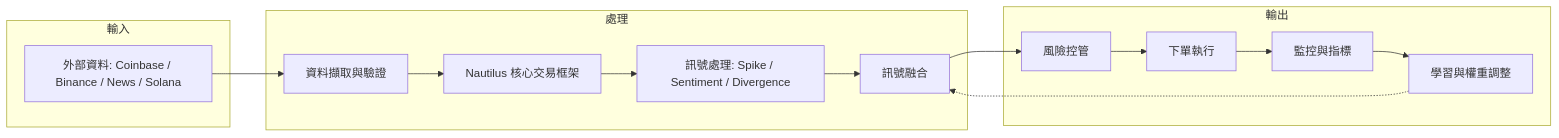
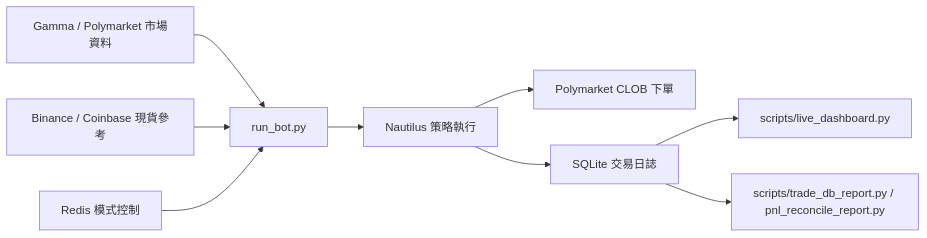
One commit to ericeric0101/Polymarket-15m-BTC-bot changed the diagram in readme_ZH.md. Above: the diagram before and after it, drawn with Mermaid. The commit also changed other lines of this file and 3 other files, not shown here.

````diff
--- a/readme_ZH.md
+++ b/readme_ZH.md
@@ -46,23 +51,11 @@
 ```mermaid
 flowchart LR
-    subgraph Input["輸入"]
-        D["外部資料: Coinbase / Binance / News / Solana"]
-    end
-
-    subgraph Process["處理"]
-        I["資料擷取與驗證"]
-        N["Nautilus 核心交易框架"]
-        S["訊號處理: Spike / Sentiment / Divergence"]
-        F["訊號融合"]
-    end
-
-    subgraph Output["輸出"]
-        R["風險控管"]
-        E["下單執行"]
-        M["監控與指標"]
-        L["學習與權重調整"]
-    end
-
-    D --> I --> N --> S --> F --> R --> E --> M --> L
-    L -.-> F
+    A["Gamma / Polymarket 市場資料"] --> B["run_bot.py"]
+    C["Binance / Coinbase 現貨參考"] --> B
+    D["Redis 模式控制"] --> B
+    B --> E["Nautilus 策略執行"]
+    E --> F["Polymarket CLOB 下單"]
+    E --> G["SQLite 交易日誌"]
+    G --> H["scripts/live_dashboard.py"]
+    G --> I["scripts/trade_db_report.py / pnl_reconcile_report.py"]
 ```
````
